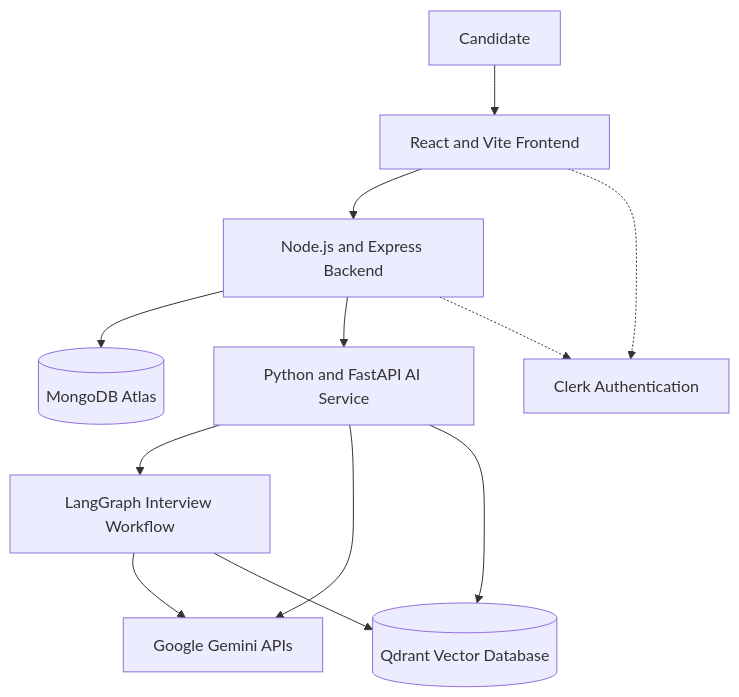
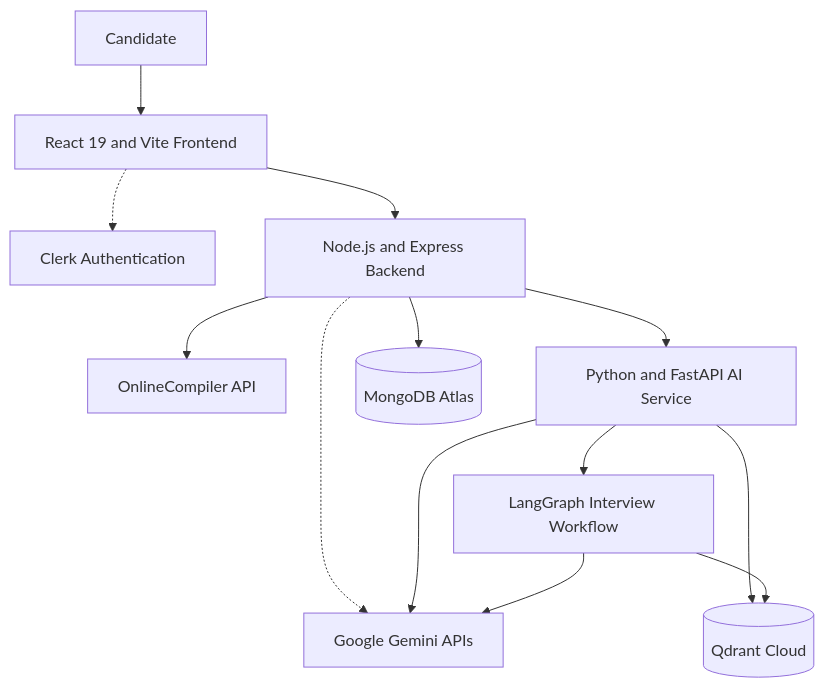
The first of 3 diagrams in README.md (AmannRawat/PrepAI), drawn with Mermaid before and after one commit. The commit also changed other lines of this file, not shown here.

````diff
--- a/README.md
+++ b/README.md
@@ -129,24 +300,26 @@
 ```mermaid
 flowchart TD
-    User[Candidate]
-    Frontend[React and Vite Frontend]
-    Backend[Node.js and Express Backend]
-    AI[Python and FastAPI AI Service]
-    Graph[LangGraph Interview Workflow]
-    Gemini[Google Gemini APIs]
-    Mongo[(MongoDB Atlas)]
-    Qdrant[(Qdrant Vector Database)]
-    Clerk[Clerk Authentication]
+    User["Candidate"]
+    Client["React 19 and Vite Frontend"]
+    Clerk["Clerk Authentication"]
+    API["Node.js and Express Backend"]
+    Compiler["OnlineCompiler API"]
+    AI["Python and FastAPI AI Service"]
+    Graph["LangGraph Interview Workflow"]
+    Gemini["Google Gemini APIs"]
+    Mongo[("MongoDB Atlas")]
+    Qdrant[("Qdrant Cloud")]
 
-    User --> Frontend
-    Frontend --> Backend
-    Frontend -.-> Clerk
-    Backend --> Mongo
-    Backend --> AI
+    User --> Client
+    Client --> API
+    Client -.-> Clerk
+    API --> Mongo
+    API --> Compiler
+    API --> AI
+    API -.-> Gemini
     AI --> Graph
     AI --> Gemini
     AI --> Qdrant
     Graph --> Gemini
     Graph --> Qdrant
-    Backend -.-> Clerk
 ```
````
